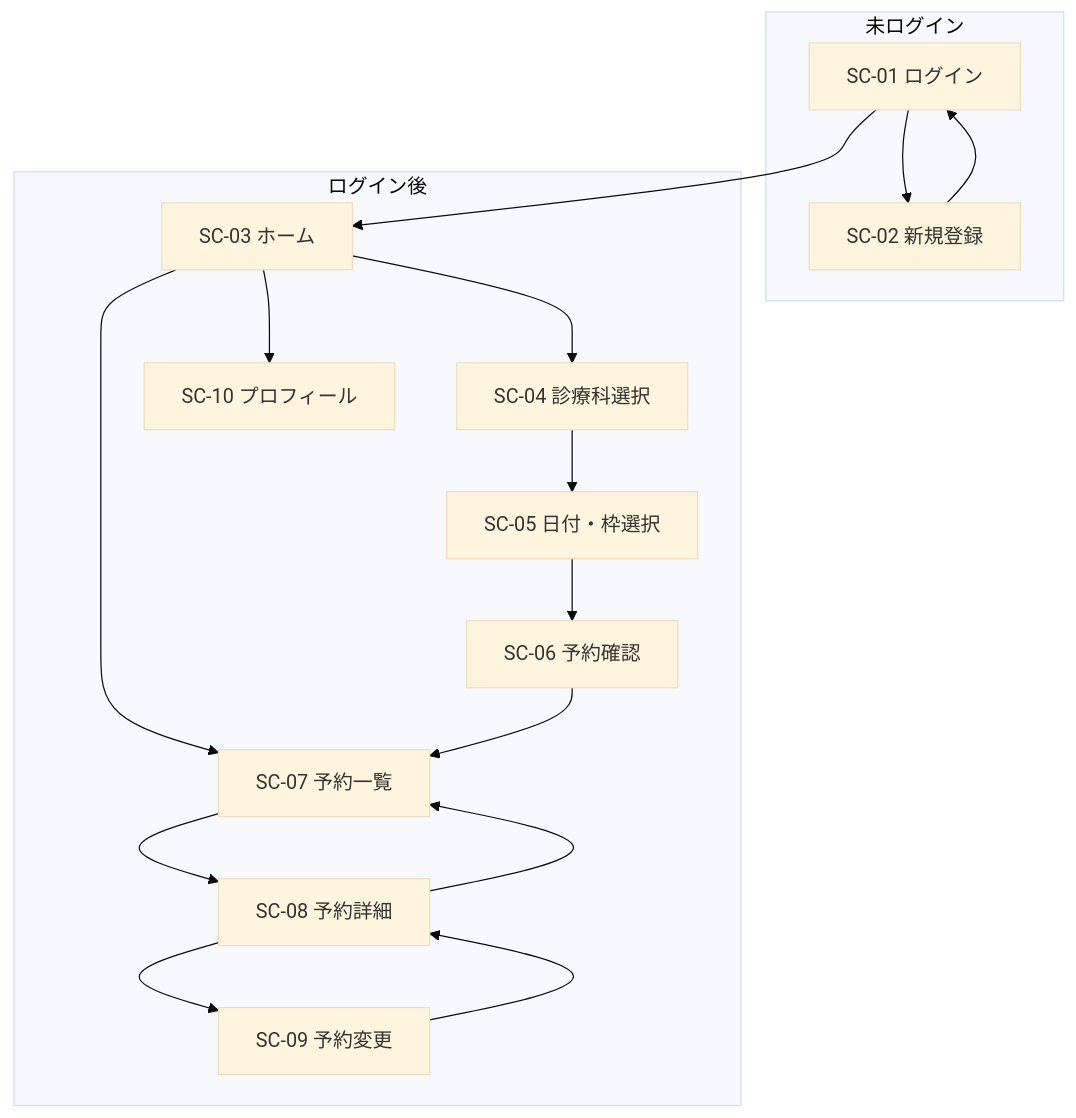
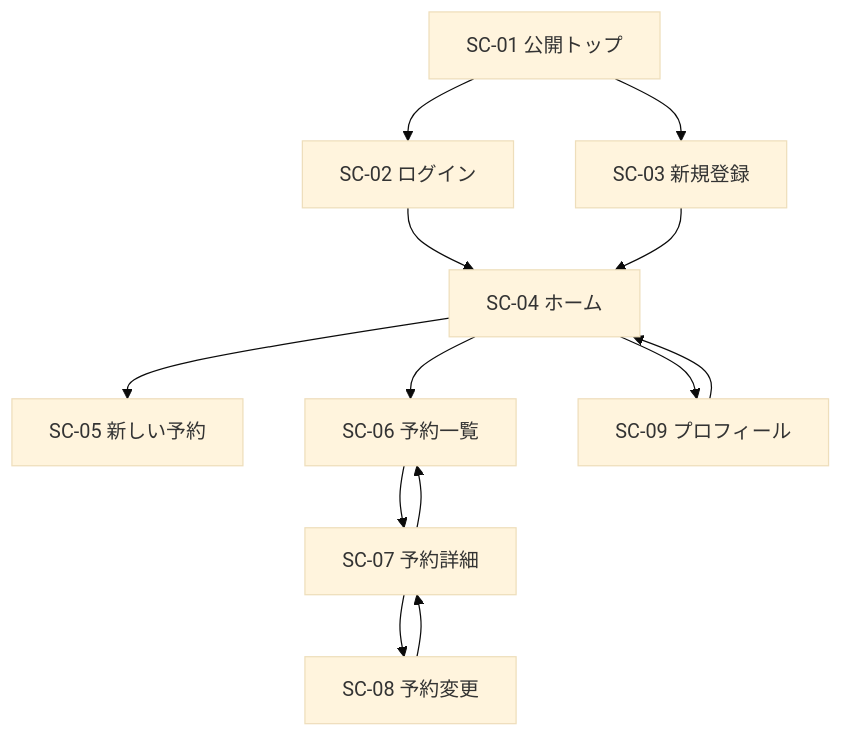
One commit to ryoga0/Calendar changed the first of 8 diagrams in docs/04_画面フロー図.md. Above: the diagram before and after it, drawn with Mermaid (base theme). The commit also changed other lines of this file and 50 other files, not shown here.

````diff
--- a/docs/04_画面フロー図.md
+++ b/docs/04_画面フロー図.md
@@ -20,28 +21,25 @@
 ```mermaid
 flowchart TB
-  subgraph public [未ログイン]
-    SC01[SC-01 ログイン]
-    SC02[SC-02 新規登録]
-  end
-  subgraph auth [ログイン後]
-    SC03[SC-03 ホーム]
-    SC04[SC-04 診療科選択]
-    SC05[SC-05 日付・枠選択]
-    SC06[SC-06 予約確認]
-    SC07[SC-07 予約一覧]
-    SC08[SC-08 予約詳細]
-    SC09[SC-09 予約変更]
-    SC10[SC-10 プロフィール]
-  end
-  SC01 --> SC02
-  SC02 --> SC01
-  SC01 --> SC03
-  SC03 --> SC04
-  SC03 --> SC07
-  SC03 --> SC10
-  SC04 --> SC05 --> SC06 --> SC07
-  SC07 --> SC08
-  SC08 --> SC09
-  SC08 --> SC07
-  SC09 --> SC08
+  P0[SC-01 公開トップ]
+  P1[SC-02 ログイン]
+  P2[SC-03 新規登録]
+  P3[SC-04 ホーム]
+  P4[SC-05 新しい予約]
+  P5[SC-06 予約一覧]
+  P6[SC-07 予約詳細]
+  P7[SC-08 予約変更]
+  P8[SC-09 プロフィール]
+
+  P0 --> P1
+  P0 --> P2
+  P1 --> P3
+  P2 --> P3
+  P3 --> P4
+  P3 --> P5
+  P3 --> P8
+  P5 --> P6
+  P6 --> P7
+  P6 --> P5
+  P7 --> P6
+  P8 --> P3
 ```
````
